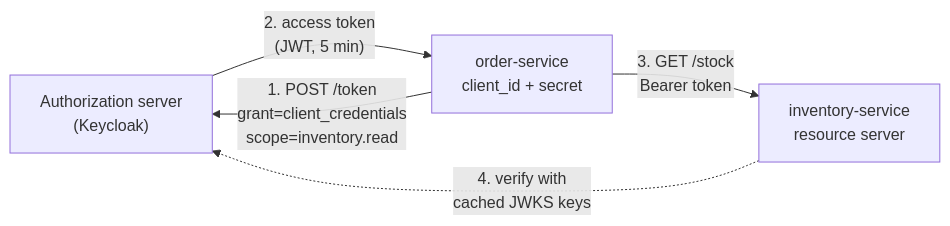
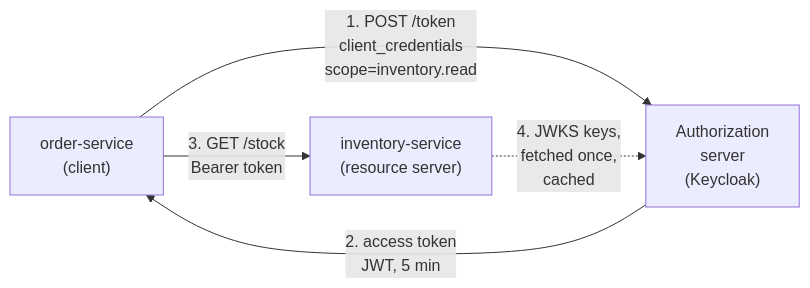
One commit to shubamchaudhary/CodeNITW changed the diagram in src/Data/coreStackDocs/SPRING-10.md. Above: the diagram before and after it, drawn with Mermaid. The commit also changed other lines of this file and 8 other files, not shown here.

````diff
--- a/src/Data/coreStackDocs/SPRING-10.md
+++ b/src/Data/coreStackDocs/SPRING-10.md
@@ -47,8 +177,7 @@
 ```mermaid
 flowchart LR
-    AS["Authorization server<br/>(Keycloak)"]
-    OS["order-service<br/>client_id + secret"] -->|"1. POST /token<br/>grant=client_credentials<br/>scope=inventory.read"| AS
-    AS -->|"2. access token<br/>(JWT, 5 min)"| OS
-    OS -->|"3. GET /stock<br/>Bearer token"| IS["inventory-service<br/>resource server"]
-    IS -.->|"4. verify with<br/>cached JWKS keys"| AS
+    OS["order-service<br/>(client)"] -->|"1. POST /token<br/>client_credentials<br/>scope=inventory.read"| AS["Authorization<br/>server<br/>(Keycloak)"]
+    AS -->|"2. access token<br/>JWT, 5 min"| OS
+    OS -->|"3. GET /stock<br/>Bearer token"| IS["inventory-service<br/>(resource server)"]
+    IS -.->|"4. JWKS keys,<br/>fetched once,<br/>cached"| AS
 ```
````
